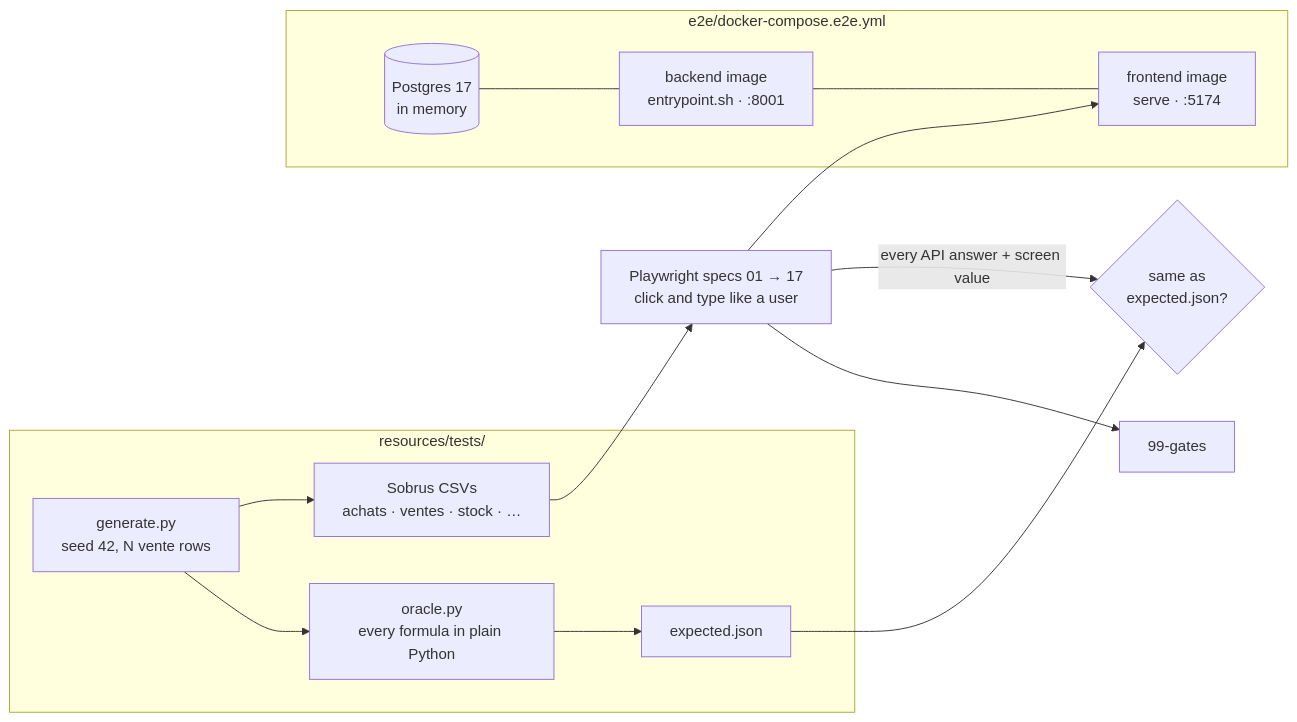
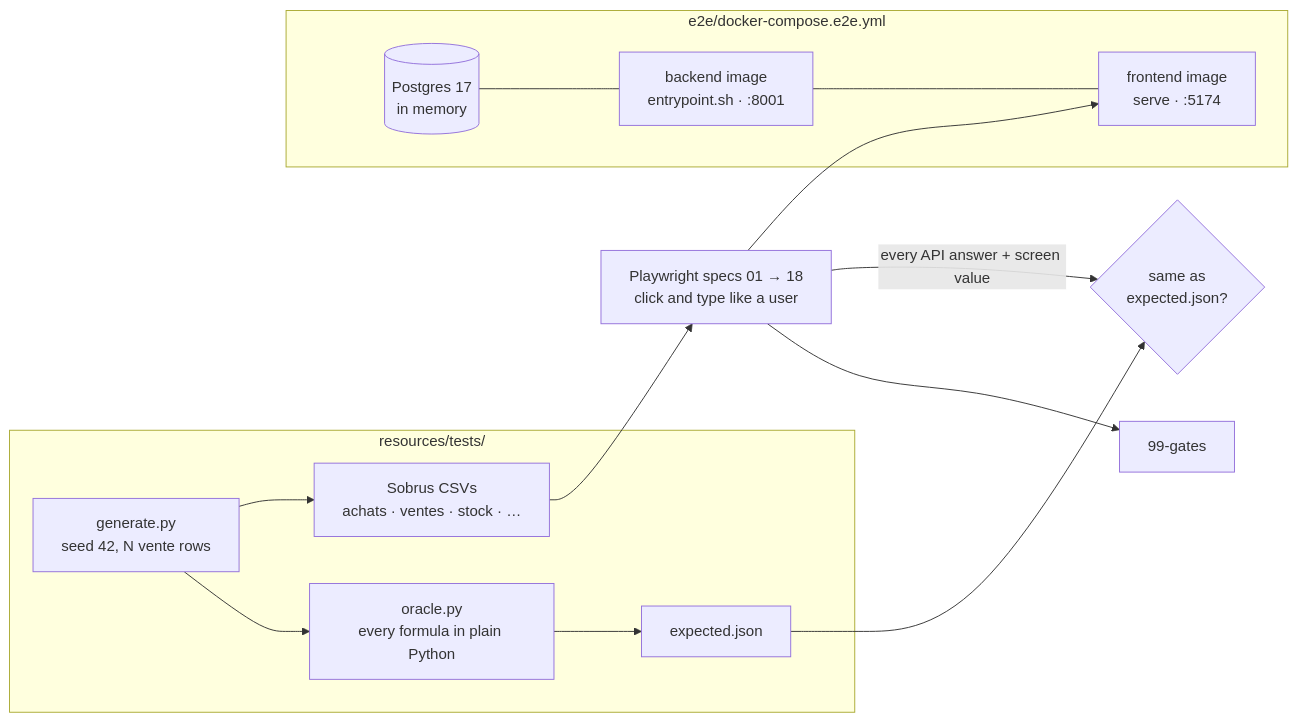
One commit to ura-computing/ura-posix changed diagram 16 of 18 in README.md. Above: the diagram before and after it, drawn with Mermaid. The commit also changed other lines of this file and 1 other file, not shown here.

````diff
--- a/README.md
+++ b/README.md
@@ -553,15 +599,15 @@
 ```mermaid
 flowchart LR
   subgraph data["resources/tests/"]
     GEN["generate.py<br/>seed 42, N vente rows"] --> CSV["Sobrus CSVs<br/>achats · ventes · stock · …"]
     GEN --> ORA["oracle.py<br/>every formula in plain Python"] --> EXP["expected.json"]
   end
   subgraph stack["e2e/docker-compose.e2e.yml"]
     DB[("Postgres 17<br/>in memory")] --- BE["backend image<br/>entrypoint.sh · :8001"] --- FE["frontend image<br/>serve · :5174"]
   end
-  CSV --> PW["Playwright specs 01 → 17<br/>click and type like a user"]
+  CSV --> PW["Playwright specs 01 → 18<br/>click and type like a user"]
   PW --> FE
   PW -- "every API answer + screen value" --> CMP{"same as<br/>expected.json?"}
   EXP --> CMP
   PW --> G["99-gates"]
 ```
````
